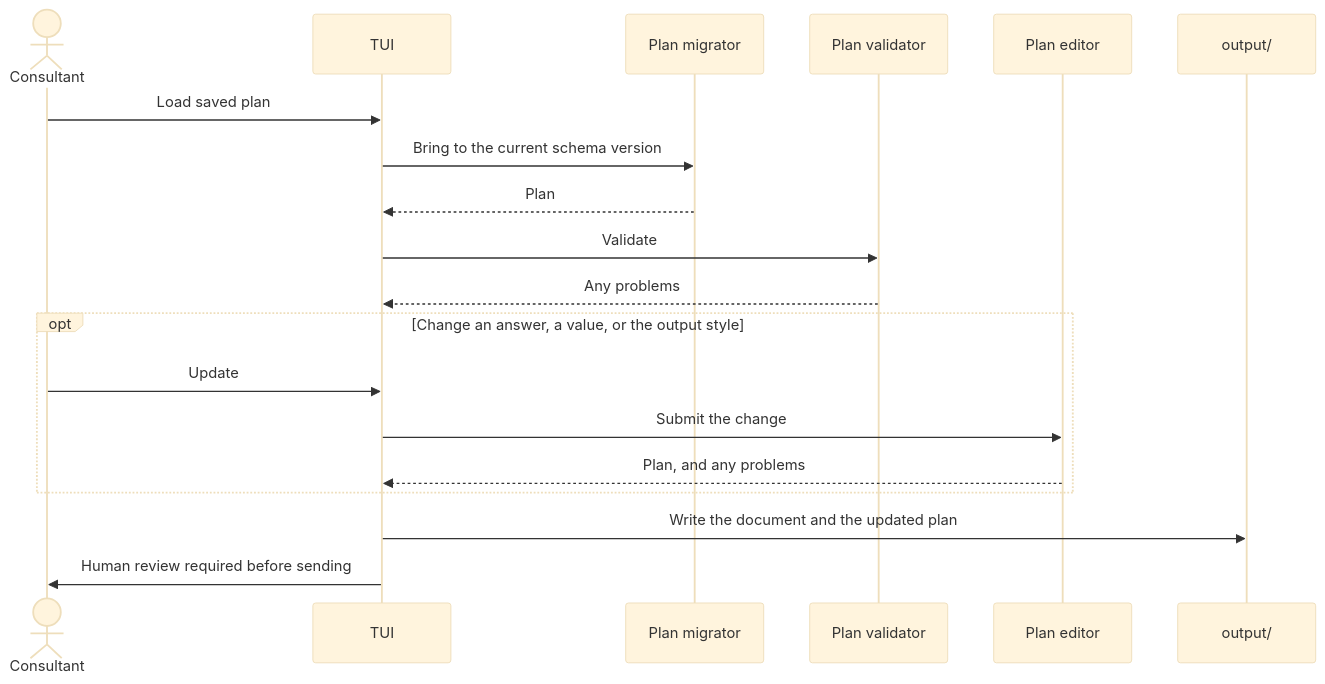
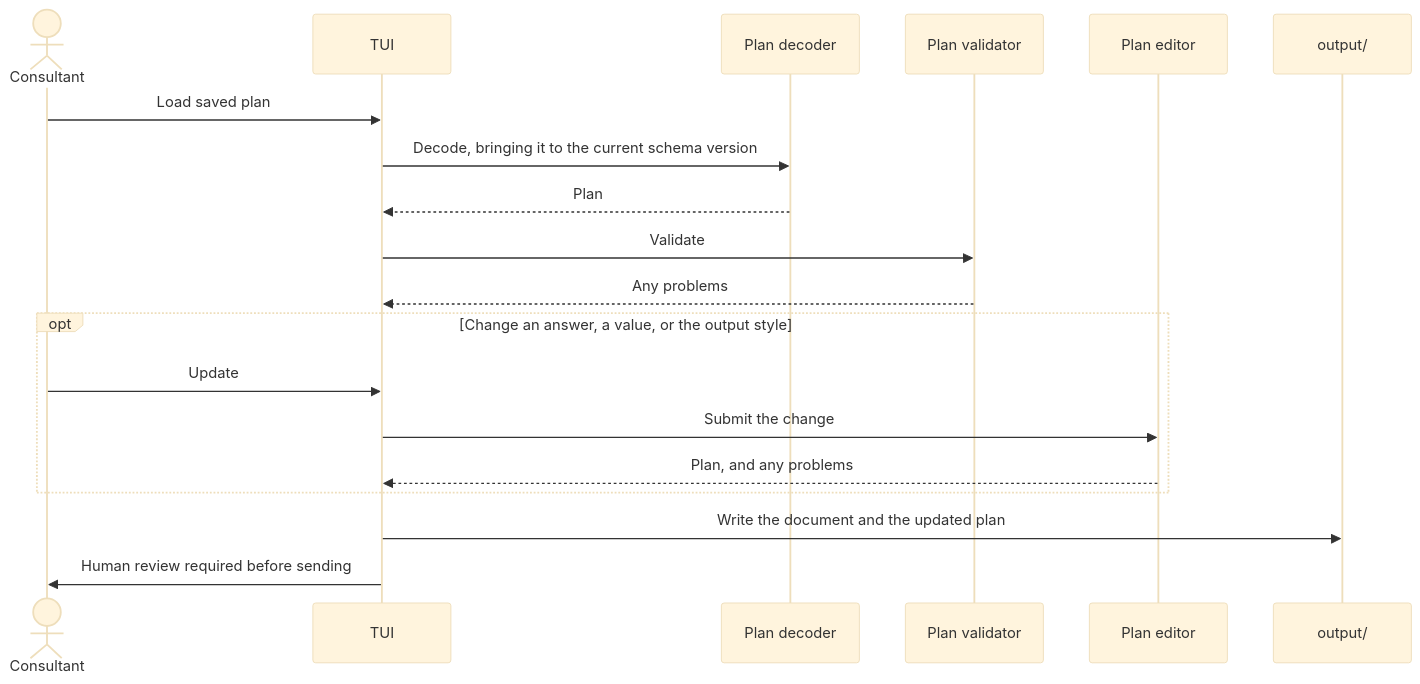
Before and after one commit to 8thlight-daveloper/onboard-kit: the second of 2 diagrams in docs/architecture/walkthrough-sequence.md, drawn with Mermaid (base theme). The commit also changed 10 other files, not shown here.

Commit message:
Add the plan decoder and encoder, make the loader take bytes, and write the domain model

````diff
--- a/docs/architecture/walkthrough-sequence.md
+++ b/docs/architecture/walkthrough-sequence.md
@@ -46,22 +46,22 @@
 ```mermaid
 sequenceDiagram
     actor C as Consultant
     participant T as TUI
-    participant M as Plan migrator
+    participant M as Plan decoder
     participant V as Plan validator
     participant E as Plan editor
     participant F as output/
 
     C->>T: Load saved plan
-    T->>M: Bring to the current schema version
+    T->>M: Decode, bringing it to the current schema version
     M-->>T: Plan
     T->>V: Validate
     V-->>T: Any problems
     opt Change an answer, a value, or the output style
         C->>T: Update
         T->>E: Submit the change
         E-->>T: Plan, and any problems
     end
     T->>F: Write the document and the updated plan
     T->>C: Human review required before sending
 ```
````
